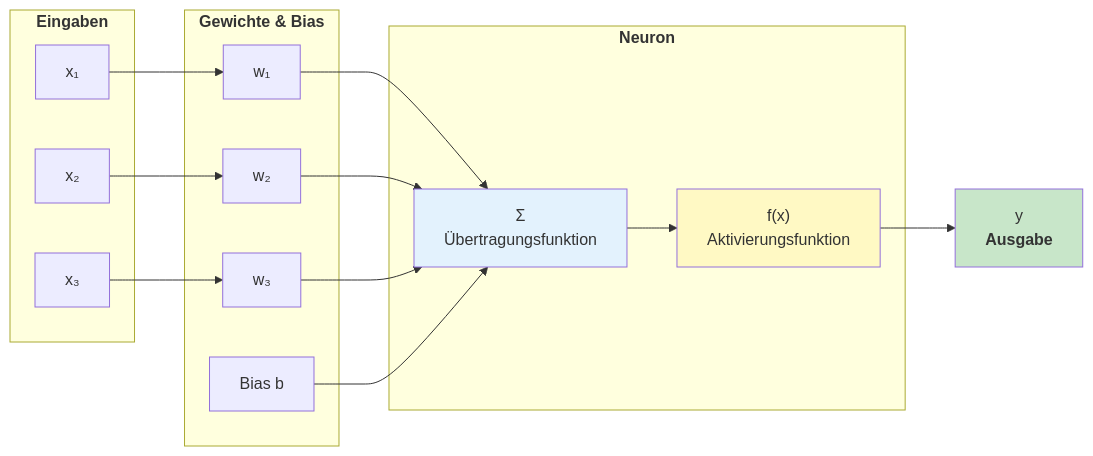
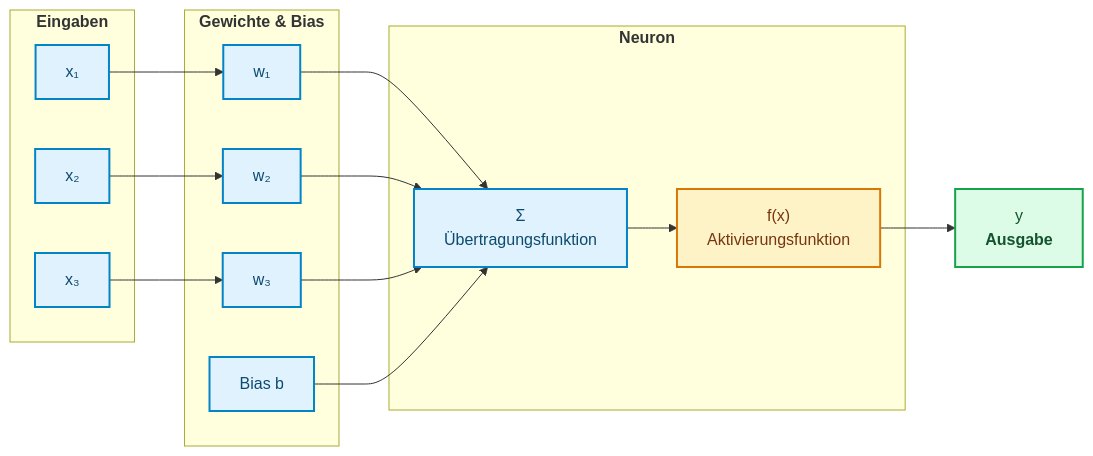
Before and after one commit to ralf-42/ML_Intro: the second of 6 diagrams in docs/concepts/modeling/neuronale-netze.md, drawn with Mermaid. The commit also changed other lines of this file and 67 other files, not shown here.

````diff
--- a/docs/concepts/modeling/neuronale-netze.md
+++ b/docs/concepts/modeling/neuronale-netze.md
@@ -84,32 +81,34 @@
 ```mermaid
 flowchart LR
     subgraph Eingaben["<b>Eingaben"]
         X1["x₁"]
         X2["x₂"]
         X3["x₃"]
     end
     
     subgraph Gewichte["<b>Gewichte & Bias"]
         W1["w₁"]
         W2["w₂"]
         W3["w₃"]
         B["Bias b"]
     end
     
     subgraph Verarbeitung["<b>Neuron"]
         SUM["Σ<br/>Übertragungsfunktion"]
         ACT["f(x)<br/>Aktivierungsfunktion"]
     end
     
     Y["y<br/><b>Ausgabe"]
     
     X1 --> W1 --> SUM
     X2 --> W2 --> SUM
     X3 --> W3 --> SUM
     B --> SUM
     SUM --> ACT --> Y
-    
-    style SUM fill:#e3f2fd
-    style ACT fill:#fff9c4
-    style Y fill:#c8e6c9
+
+    classDef default fill:#e0f2fe,stroke:#0284c7,stroke-width:2px,color:#0c4a6e;
+    classDef metric fill:#fef3c7,stroke:#d97706,stroke-width:2px,color:#78350f;
+    classDef output fill:#dcfce7,stroke:#16a34a,stroke-width:2px,color:#14532d;
+    class ACT metric;
+    class Y output;
 ```
````
